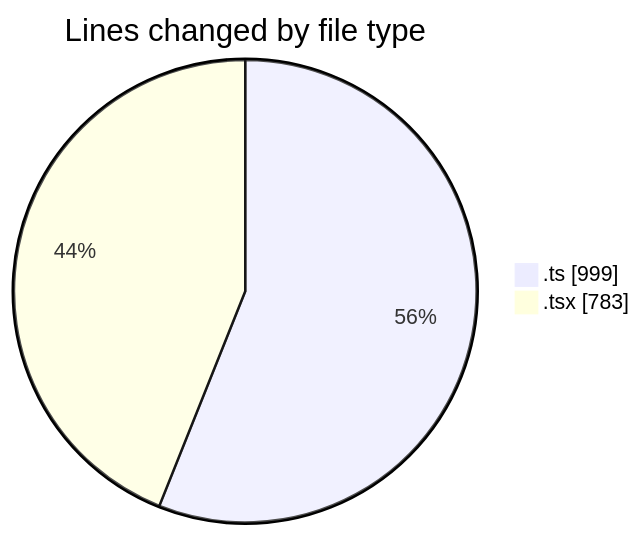
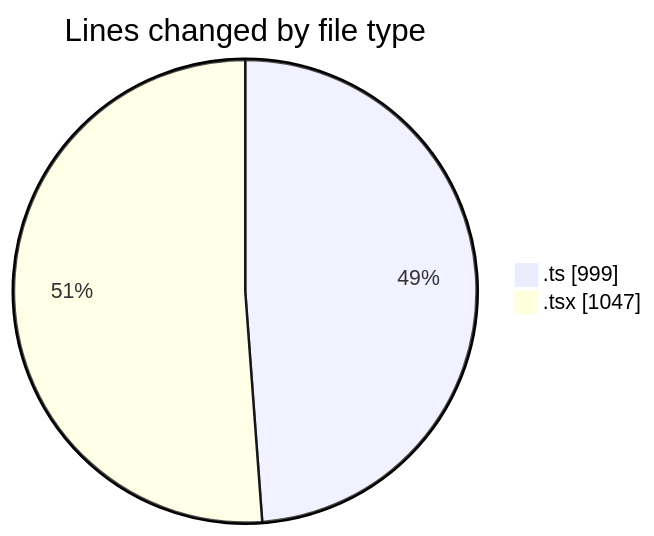
One commit to nxtqubesakshisongat/code-tracking changed the first of 2 diagrams in 2026-05-07/nxtqube_webapp/README.md. Above: the diagram before and after it, drawn with Mermaid. The commit also changed other lines of this file and 1 other file, not shown here.

````diff
--- a/2026-05-07/nxtqube_webapp/README.md
+++ b/2026-05-07/nxtqube_webapp/README.md
@@ -26,6 +27,6 @@
 ```mermaid
 pie showData
 title Lines changed by file type
 ".ts" : 999
-".tsx" : 783
+".tsx" : 1047
 ```
````
